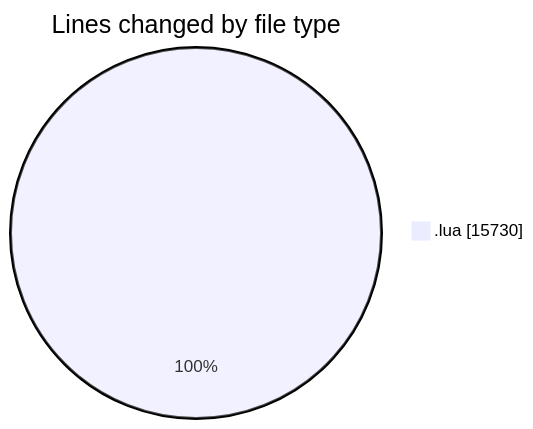
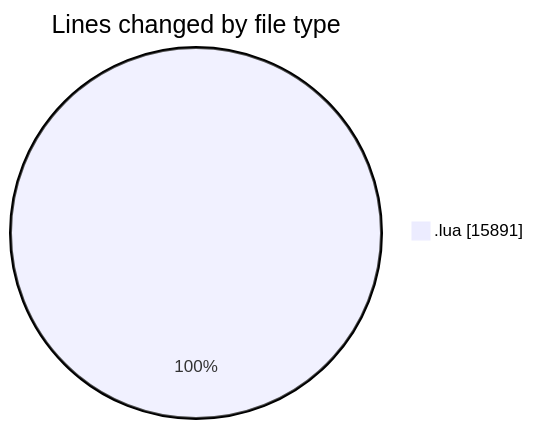
The first of 2 diagrams in 2025-01-02/mods/README.md (3Nya3/code-tracking), drawn with Mermaid before and after one commit. The commit also changed other lines of this file and 1 other file, not shown here.

````diff
--- a/2025-01-02/mods/README.md
+++ b/2025-01-02/mods/README.md
@@ -20,5 +20,5 @@
 ```mermaid
 pie showData
 title Lines changed by file type
-".lua" : 15730
+".lua" : 15891
 ```
````
